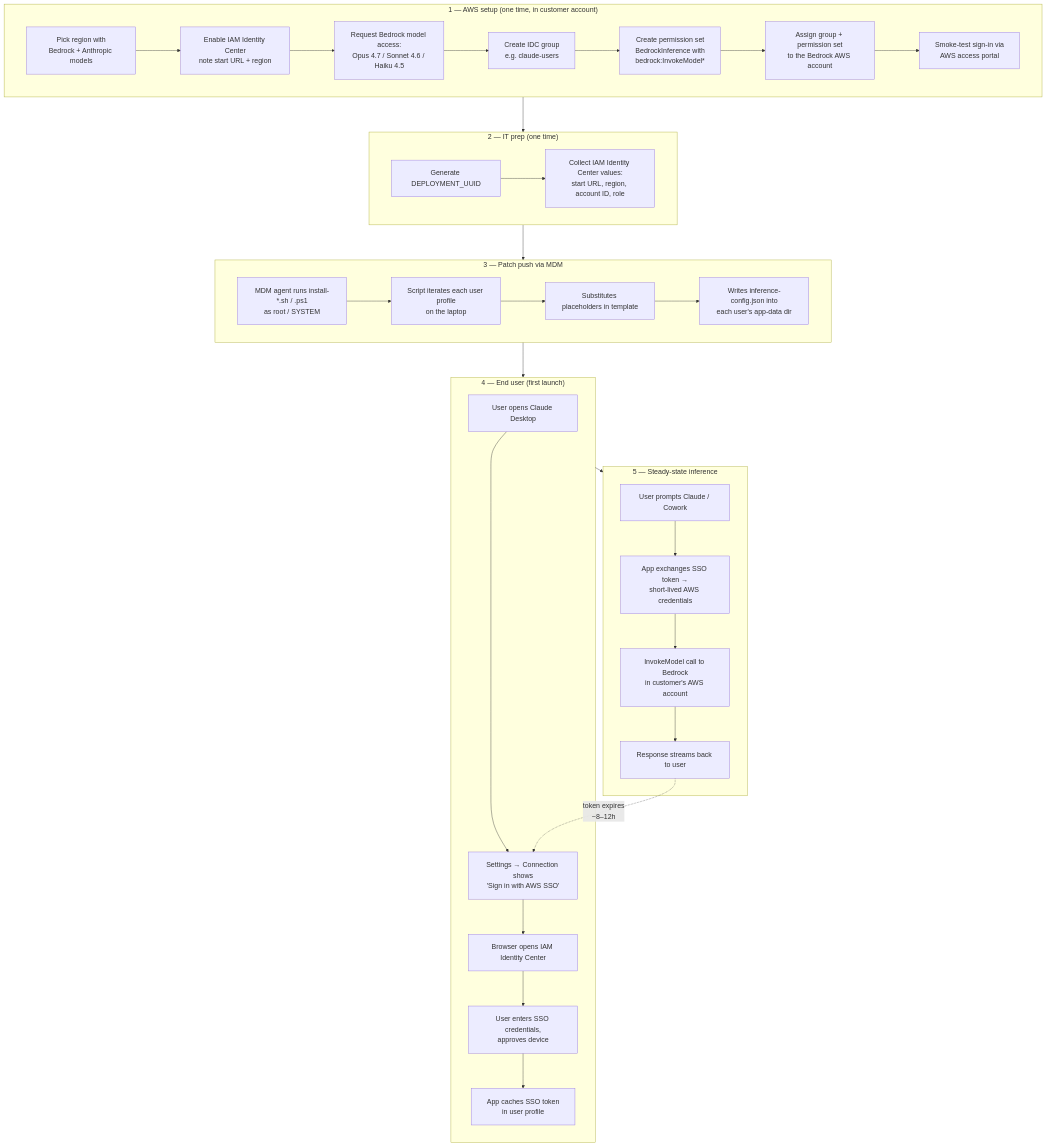
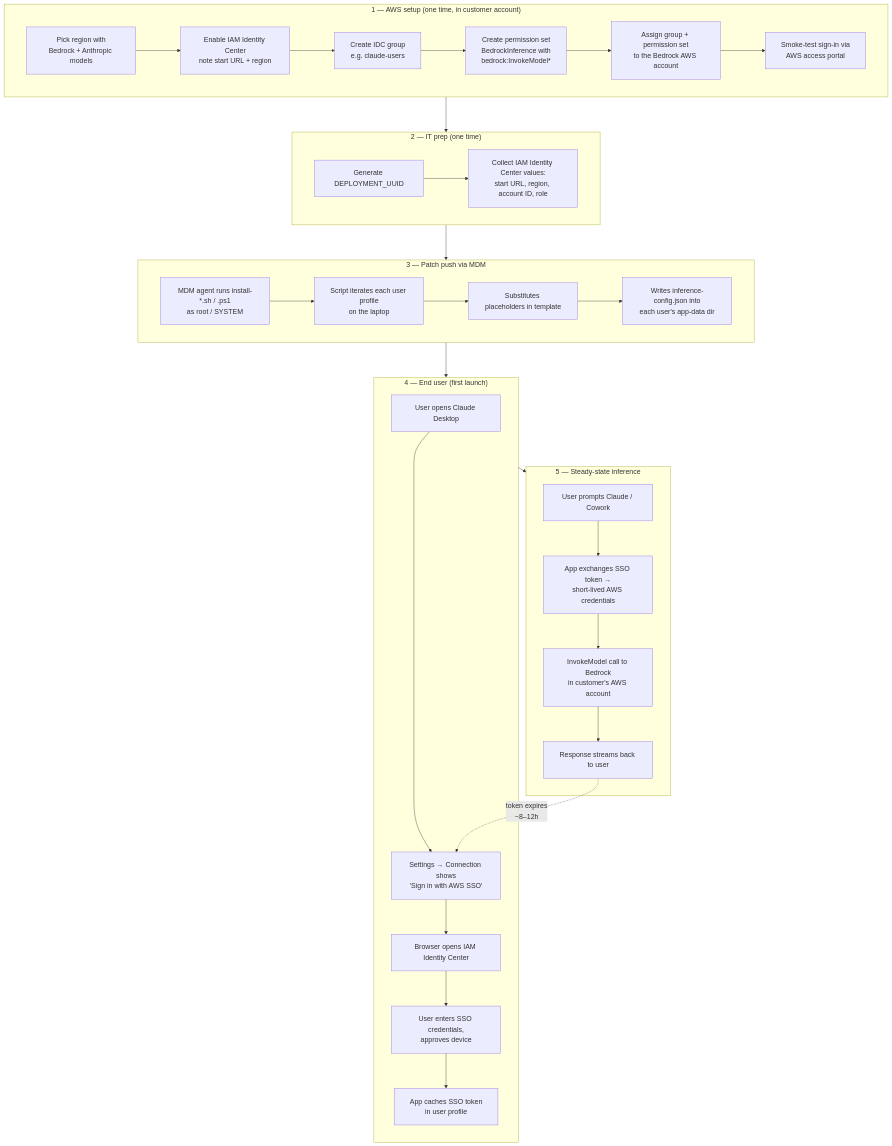
One commit to duttaabhijit06/claude-desktop-deploy changed the diagram in README.md. Above: the diagram before and after it, drawn with Mermaid. The commit also changed other lines of this file, not shown here.

Commit message:
Updated README to remove the deprecated Model access section

````diff
--- a/README.md
+++ b/README.md
@@ -26,48 +26,47 @@
 ```mermaid
 %%{init: {'flowchart': {'nodeSpacing': 70, 'rankSpacing': 90, 'padding': 20}, 'themeVariables': {'fontSize': '18px'}}}%%
 flowchart TD
     subgraph AWS["1 — AWS setup (one time, in customer account)"]
         Z1[Pick region with<br/>Bedrock + Anthropic models]
         Z2[Enable IAM Identity Center<br/>note start URL + region]
-        Z3[Request Bedrock model access:<br/>Opus 4.7 / Sonnet 4.6 / Haiku 4.5]
-        Z4[Create IDC group<br/>e.g. claude-users]
-        Z5[Create permission set<br/>BedrockInference with<br/>bedrock:InvokeModel*]
-        Z6[Assign group + permission set<br/>to the Bedrock AWS account]
-        Z7[Smoke-test sign-in via<br/>AWS access portal]
-        Z1 --> Z2 --> Z3 --> Z4 --> Z5 --> Z6 --> Z7
+        Z3[Create IDC group<br/>e.g. claude-users]
+        Z4[Create permission set<br/>BedrockInference with<br/>bedrock:InvokeModel*]
+        Z5[Assign group + permission set<br/>to the Bedrock AWS account]
+        Z6[Smoke-test sign-in via<br/>AWS access portal]
+        Z1 --> Z2 --> Z3 --> Z4 --> Z5 --> Z6
     end
 
     subgraph Prep["2 — IT prep (one time)"]
         A1[Generate DEPLOYMENT_UUID]
         A2[Collect IAM Identity Center values:<br/>start URL, region, account ID, role]
         A1 --> A2
     end
 
     subgraph Push["3 — Patch push via MDM"]
         B1[MDM agent runs install-*.sh / .ps1<br/>as root / SYSTEM]
         B2[Script iterates each user profile<br/>on the laptop]
         B3[Substitutes placeholders in template]
         B4[Writes inference-config.json into<br/>each user's app-data dir]
         B1 --> B2 --> B3 --> B4
     end
 
     subgraph User["4 — End user (first launch)"]
         C1[User opens Claude Desktop]
         C2[Settings → Connection shows<br/>'Sign in with AWS SSO']
         C3[Browser opens IAM Identity Center]
         C4[User enters SSO credentials,<br/>approves device]
         C5[App caches SSO token<br/>in user profile]
         C1 --> C2 --> C3 --> C4 --> C5
     end
 
     subgraph Run["5 — Steady-state inference"]
         D1[User prompts Claude / Cowork]
         D2[App exchanges SSO token →<br/>short-lived AWS credentials]
         D3[InvokeModel call to Bedrock<br/>in customer's AWS account]
         D4[Response streams back to user]
         D1 --> D2 --> D3 --> D4
     end
 
     AWS --> Prep --> Push --> User --> Run
     D4 -.->|token expires<br/>~8–12h| C2
 ```
````
